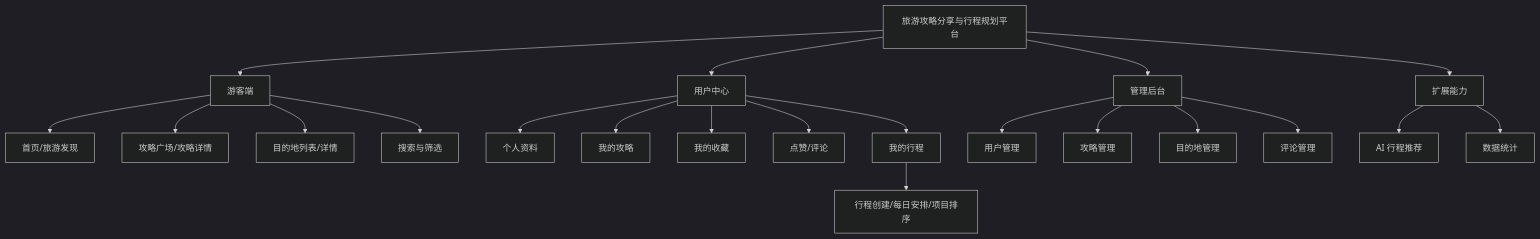
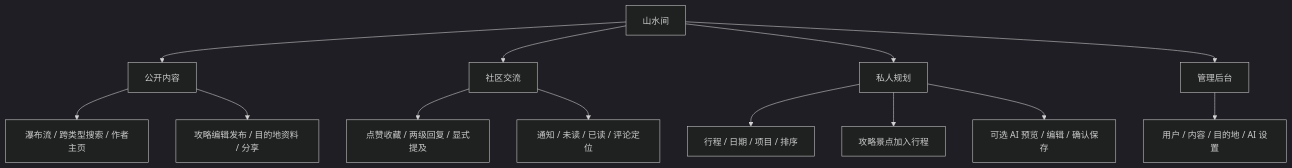
One commit to TheSixPasserby/travel-platform changed the diagram in docs/03-functional-structure.md. Above: the diagram before and after it, drawn with Mermaid (dark theme). The commit also changed other lines of this file and 175 other files, not shown here.

````diff
--- a/docs/03-functional-structure.md
+++ b/docs/03-functional-structure.md
@@ -5,24 +5,15 @@
 ```mermaid
 flowchart TB
-    SYS[旅游攻略分享与行程规划平台]
-    SYS --> PUB[游客端]
-    SYS --> USER[用户中心]
-    SYS --> ADMIN[管理后台]
-    SYS --> EXT[扩展能力]
-    PUB --> HOME[首页/旅游发现]
-    PUB --> GUIDE[攻略广场/攻略详情]
-    PUB --> DEST[目的地列表/详情]
-    PUB --> SEARCH[搜索与筛选]
-    USER --> PROFILE[个人资料]
-    USER --> MYGUIDE[我的攻略]
-    USER --> FAV[我的收藏]
-    USER --> INTERACT[点赞/评论]
-    USER --> TRIP[我的行程]
-    TRIP --> TRIPEDIT[行程创建/每日安排/项目排序]
-    ADMIN --> USERS[用户管理]
-    ADMIN --> GUIDES[攻略管理]
-    ADMIN --> DESTADMIN[目的地管理]
-    ADMIN --> COMMENTS[评论管理]
-    EXT --> AI[AI 行程推荐]
-    EXT --> STATS[数据统计]
+    app[山水间] --> content[公开内容]
+    app --> community[社区交流]
+    app --> plans[私人规划]
+    app --> admin[管理后台]
+    content --> feed[瀑布流 / 跨类型搜索 / 作者主页]
+    content --> guides[攻略编辑发布 / 目的地资料 / 分享]
+    community --> actions[点赞收藏 / 两级回复 / 显式提及]
+    community --> messages[通知 / 未读 / 已读 / 评论定位]
+    plans --> manual[行程 / 日期 / 项目 / 排序]
+    plans --> import[攻略景点加入行程]
+    plans --> ai[可选 AI 预览 / 编辑 / 确认保存]
+    admin --> governance[用户 / 内容 / 目的地 / AI 设置]
 ```
````
